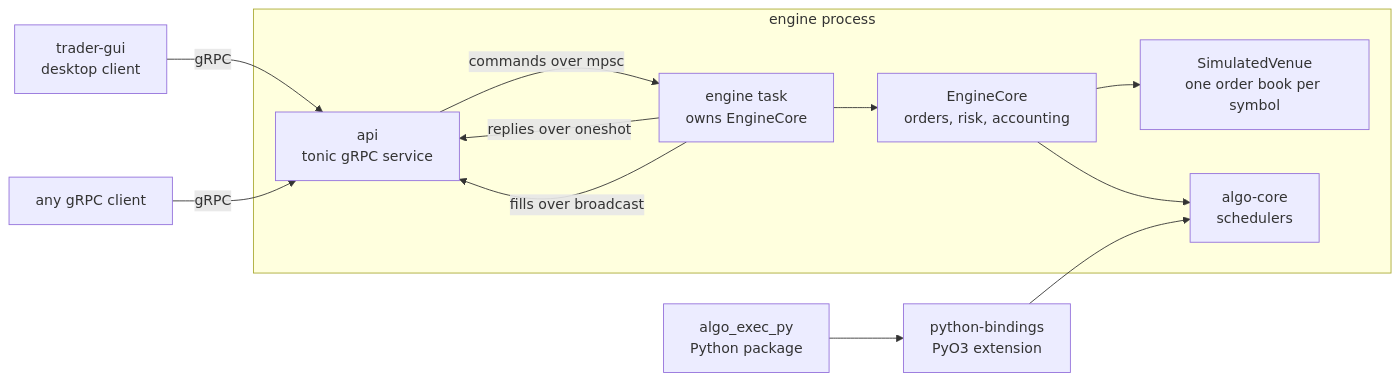
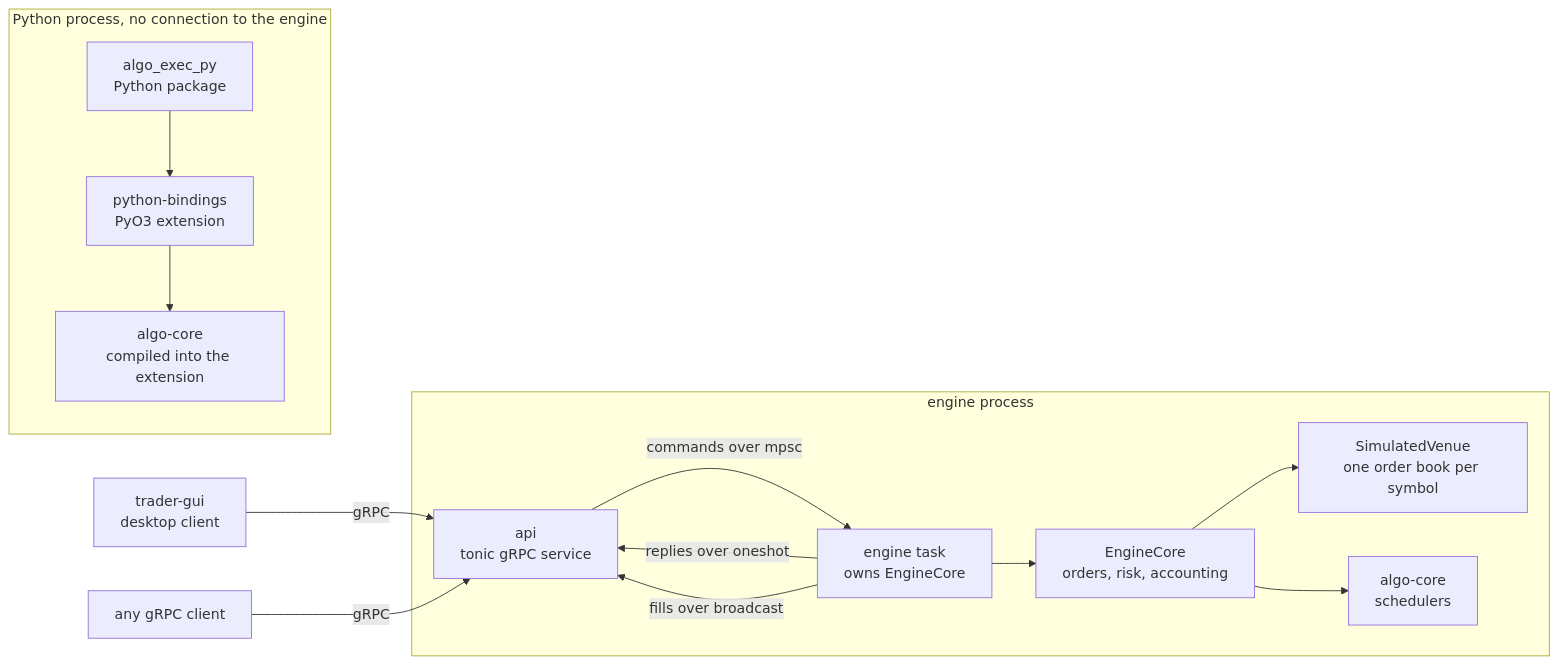
The first of 6 diagrams in README.md (shaunak-batra/RustAlgoExecutionSystem), drawn with Mermaid before and after one commit. The commit also changed other lines of this file and 3 other files, not shown here.

````diff
--- a/README.md
+++ b/README.md
@@ -88,25 +88,28 @@
 ```mermaid
 flowchart LR
     gui["trader-gui<br/>desktop client"]
     ext["any gRPC client"]
     subgraph server["engine process"]
         svc["api<br/>tonic gRPC service"]
         task["engine task<br/>owns EngineCore"]
         core["EngineCore<br/>orders, risk, accounting"]
         venue["SimulatedVenue<br/>one order book per symbol"]
         algos["algo-core<br/>schedulers"]
     end
-    py["algo_exec_py<br/>Python package"]
-    bind["python-bindings<br/>PyO3 extension"]
+    subgraph pyproc["Python process, no connection to the engine"]
+        py["algo_exec_py<br/>Python package"]
+        bind["python-bindings<br/>PyO3 extension"]
+        pyalgos["algo-core<br/>compiled into the extension"]
+    end
 
     gui -->|gRPC| svc
     ext -->|gRPC| svc
     svc -->|commands over mpsc| task
     task -->|replies over oneshot| svc
     task -->|fills over broadcast| svc
     task --> core
     core --> venue
     core --> algos
     py --> bind
-    bind --> algos
+    bind --> pyalgos
 ```
````
